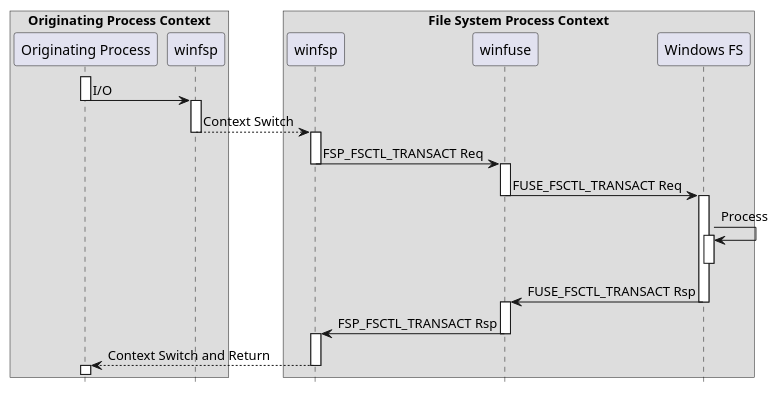
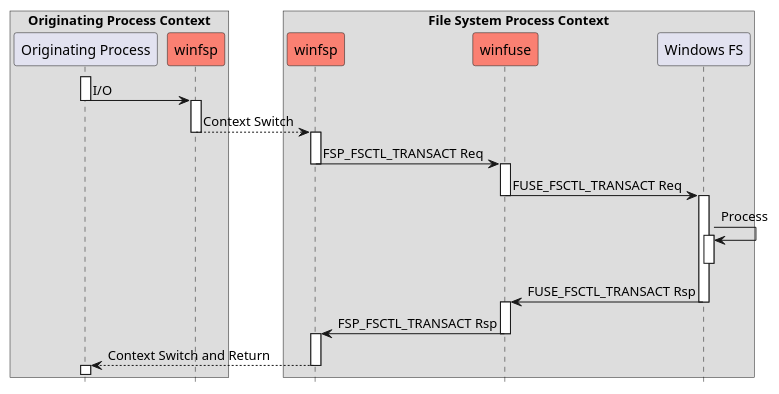
Before and after one commit to billziss-gh/winfuse: the diagram in doc/winseq.puml, drawn with PlantUML. The commit also changed 8 other files, not shown here.

Commit message:
doc: update diagrams

```diff
--- a/doc/winseq.puml
+++ b/doc/winseq.puml
@@ -1,37 +1,37 @@
 hide footbox
 
 box "Originating Process Context"
     participant "Originating Process" as OP
-    participant "winfsp" as winfspOP
+    participant "winfsp" as winfspOP #Salmon
 end box
 box "File System Process Context"
-    participant "winfsp" as winfspFS
-    participant winfuse
+    participant "winfsp" as winfspFS #Salmon
+    participant winfuse #Salmon
     participant "Windows FS" as FS
 end box
 
 activate OP
 OP->winfspOP: I/O
 deactivate OP
 activate winfspOP
 winfspOP-->winfspFS: Context Switch
 deactivate winfspOP
 activate winfspFS
 winfspFS->winfuse: FSP_FSCTL_TRANSACT Req
 deactivate winfspFS
 activate winfuse
 winfuse->FS: FUSE_FSCTL_TRANSACT Req
 deactivate winfuse
 activate FS
 FS->FS: Process
 activate FS
 deactivate FS
 FS->winfuse: FUSE_FSCTL_TRANSACT Rsp
 deactivate FS
 activate winfuse
 winfuse->winfspFS: FSP_FSCTL_TRANSACT Rsp
 deactivate winfuse
 activate winfspFS
 winfspFS-->OP: Context Switch and Return
 deactivate winfspFS
 activate OP
```
